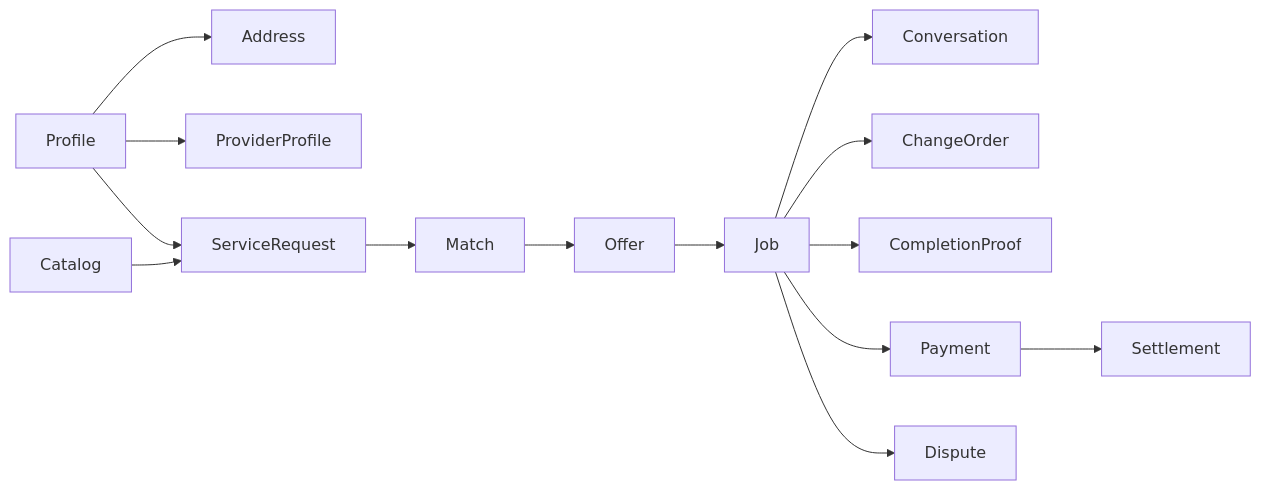
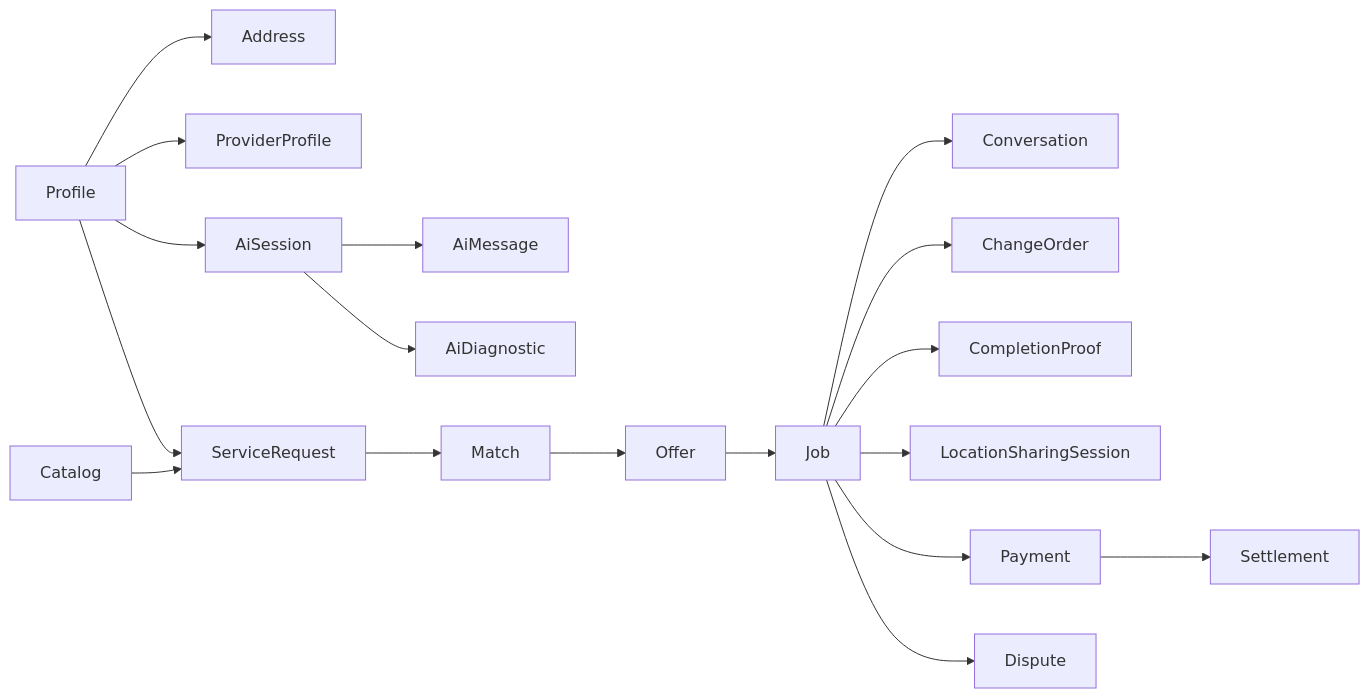
One commit to mohmammed0/Mohammed-Sallah-app changed the first of 3 diagrams in docs/architecture/DATA_MODEL.md. Above: the diagram before and after it, drawn with Mermaid. The commit also changed other lines of this file and 11 other files, not shown here.

````diff
--- a/docs/architecture/DATA_MODEL.md
+++ b/docs/architecture/DATA_MODEL.md
@@ -5,16 +5,20 @@
 ```mermaid
 flowchart LR
   Profile --> Address
   Profile --> ProviderProfile
   Profile --> ServiceRequest
+  Profile --> AiSession
+  AiSession --> AiMessage
+  AiSession --> AiDiagnostic
   Catalog --> ServiceRequest
   ServiceRequest --> Match
   Match --> Offer
   Offer --> Job
   Job --> Conversation
   Job --> ChangeOrder
   Job --> CompletionProof
+  Job --> LocationSharingSession
   Job --> Payment
   Payment --> Settlement
   Job --> Dispute
 ```
````
